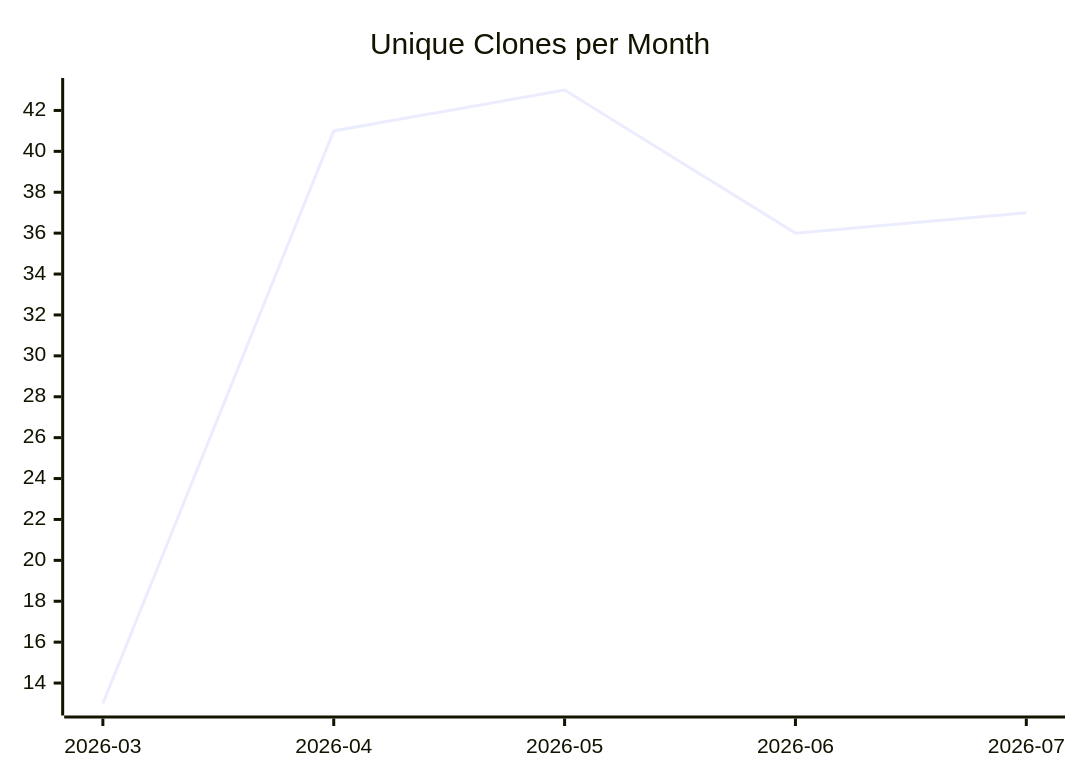
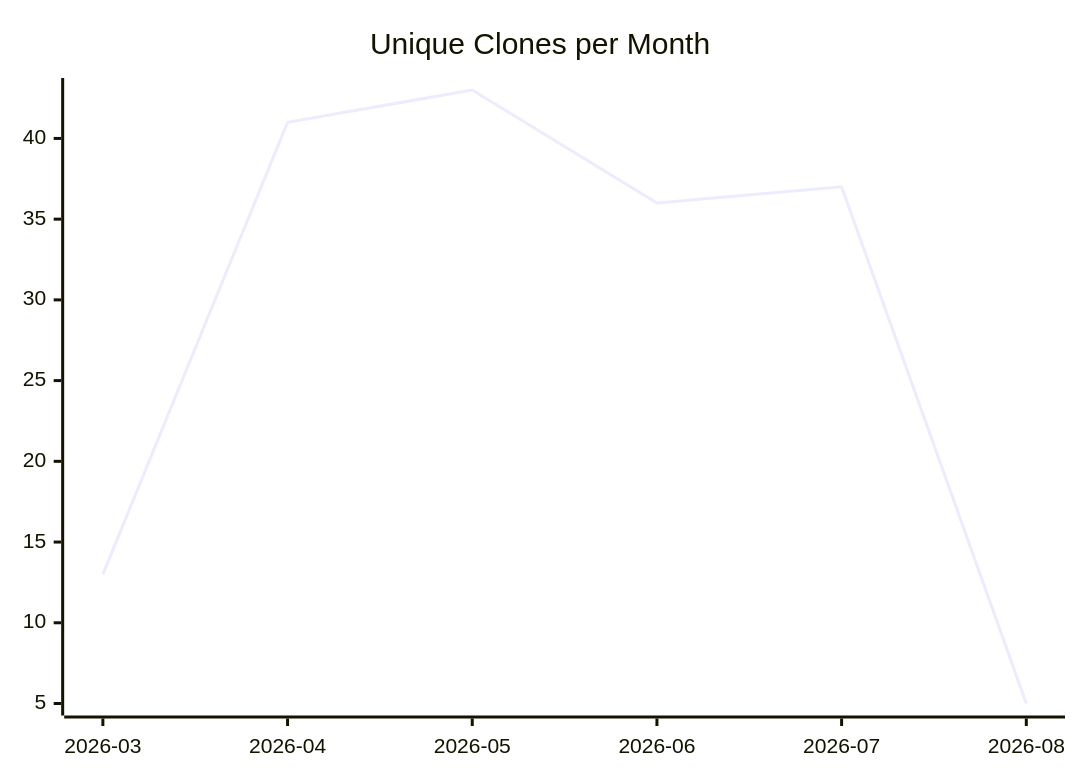
Before and after one commit to justdavis-family/github-analytics-data: the third of 3 diagrams in karlmdavis/usgs-water-api-java/README.md, drawn with Mermaid. The commit also changed other lines of this file and 184 other files, not shown here.

````diff
--- a/karlmdavis/usgs-water-api-java/README.md
+++ b/karlmdavis/usgs-water-api-java/README.md
@@ -19,6 +19,6 @@
 ```mermaid
 xychart-beta
   title "Unique Clones per Month"
-  x-axis ["2026-03", "2026-04", "2026-05", "2026-06", "2026-07"]
-  line [13, 41, 43, 36, 37]
+  x-axis ["2026-03", "2026-04", "2026-05", "2026-06", "2026-07", "2026-08"]
+  line [13, 41, 43, 36, 37, 5]
 ```
````
